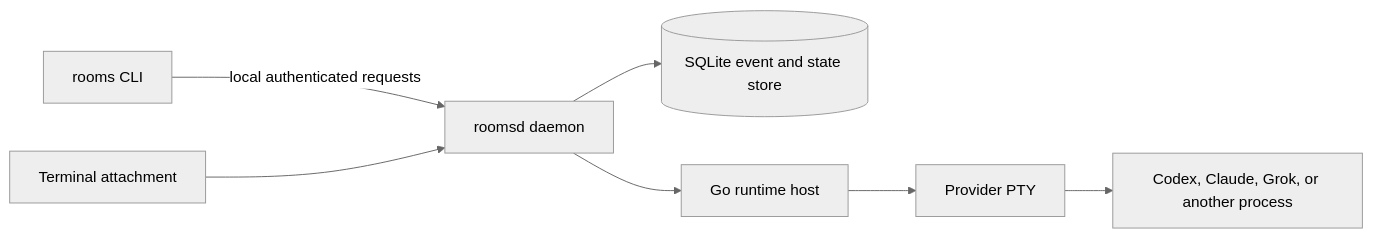
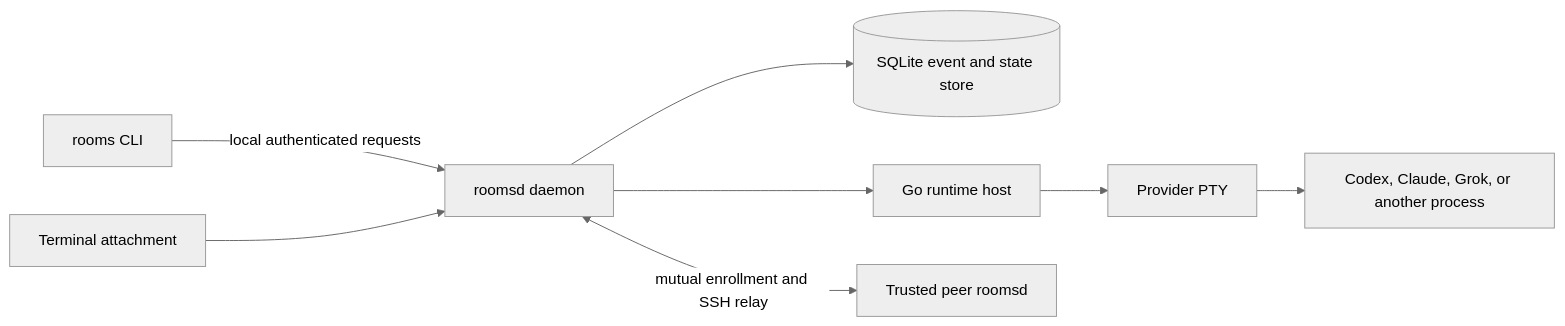
One commit to rcidaleassumpo/wardroom changed the diagram in guide/ARCHITECTURE.md. Above: the diagram before and after it, drawn with Mermaid (neutral theme). The commit also changed other lines of this file and 207 other files, not shown here.

````diff
--- a/guide/ARCHITECTURE.md
+++ b/guide/ARCHITECTURE.md
@@ -6,9 +6,10 @@
 ```mermaid
 flowchart LR
     CLI[rooms CLI] -->|local authenticated requests| D[roomsd daemon]
     D --> DB[(SQLite event and state store)]
     D --> RH[Go runtime host]
     RH --> PTY[Provider PTY]
     PTY --> A[Codex, Claude, Grok, or another process]
     T[Terminal attachment] --> D
+    D <-->|mutual enrollment and SSH relay| P[Trusted peer roomsd]
 ```
````
